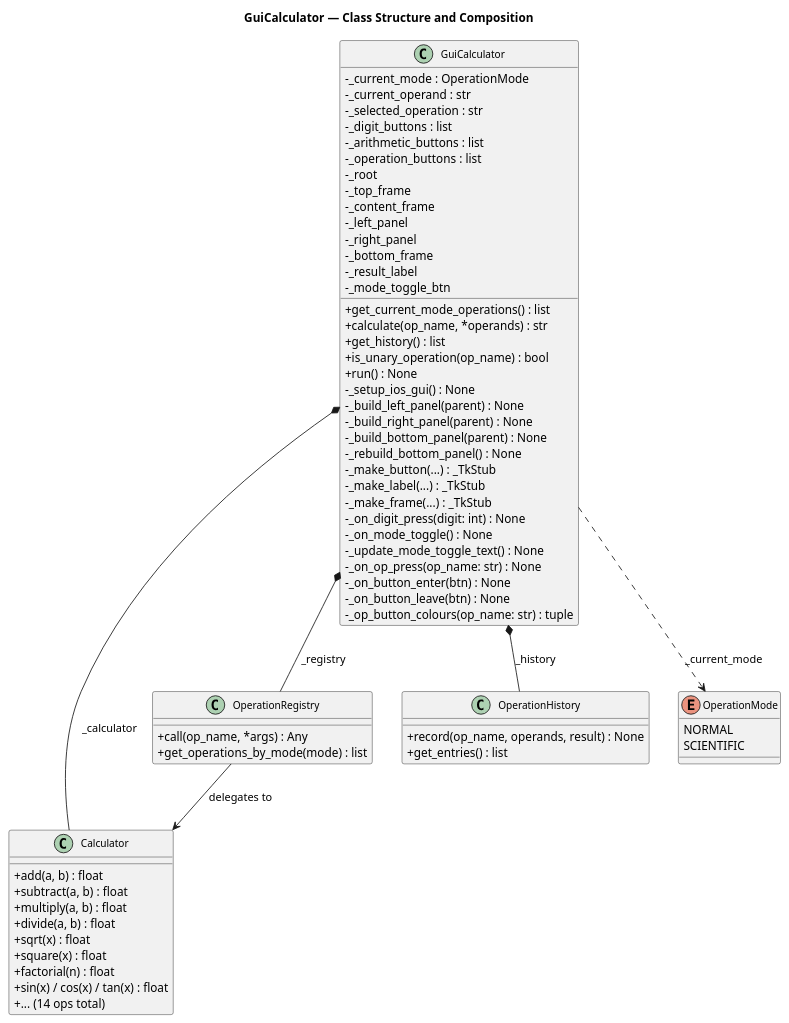
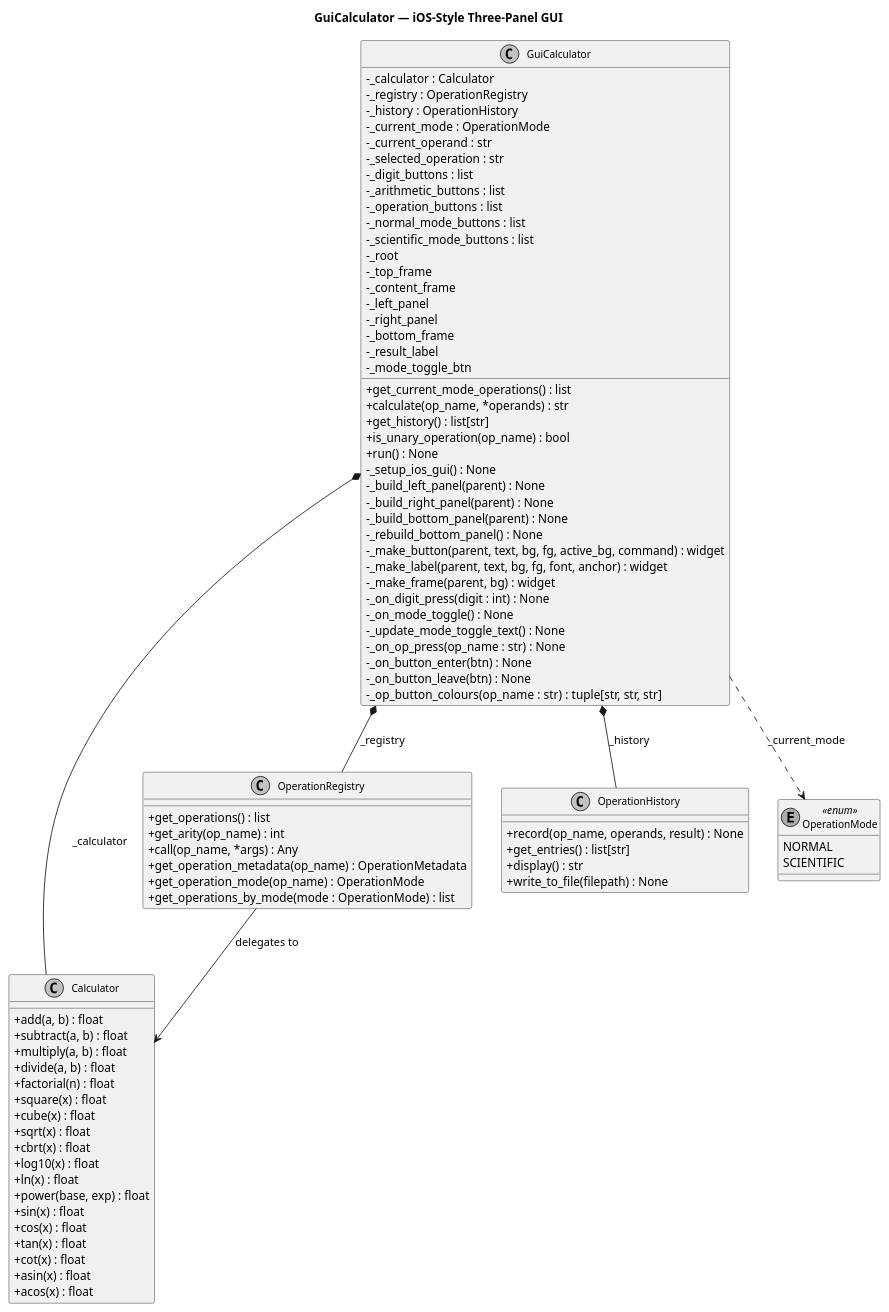
The diagram in artifacts/class_gui_calculator.puml (DanielRiha8906/Calculator_bachelor_autoevolution_team), drawn with PlantUML before and after one commit. The commit also changed 8 other files, not shown here.

First line of the commit message:
docs: update PlantUML diagrams for iOS-style GuiCalculator redesign

```diff
--- a/artifacts/class_gui_calculator.puml
+++ b/artifacts/class_gui_calculator.puml
@@ -1,83 +1,105 @@
 @startuml
+skinparam monochrome true
+skinparam shadowing false
 skinparam classAttributeIconSize 0
 skinparam classFontSize 12
-title GuiCalculator — Class Structure and Composition
+title GuiCalculator — iOS-Style Three-Panel GUI
 
 class GuiCalculator {
-    ' State
+    ' --- State ---
+    - _calculator : Calculator
+    - _registry : OperationRegistry
+    - _history : OperationHistory
     - _current_mode : OperationMode
     - _current_operand : str
     - _selected_operation : str
     - _digit_buttons : list
     - _arithmetic_buttons : list
     - _operation_buttons : list
-    ' Widget references
+    - _normal_mode_buttons : list
+    - _scientific_mode_buttons : list
+    ' --- Widget references ---
     - _root
     - _top_frame
     - _content_frame
     - _left_panel
     - _right_panel
     - _bottom_frame
     - _result_label
     - _mode_toggle_btn
-    ' Public API
+    ' --- Public API ---
     + get_current_mode_operations() : list
     + calculate(op_name, *operands) : str
-    + get_history() : list
+    + get_history() : list[str]
     + is_unary_operation(op_name) : bool
     + run() : None
-    ' GUI setup
+    ' --- Layout setup ---
     - _setup_ios_gui() : None
     - _build_left_panel(parent) : None
     - _build_right_panel(parent) : None
     - _build_bottom_panel(parent) : None
     - _rebuild_bottom_panel() : None
-    ' Widget factories
-    - _make_button(...) : _TkStub
-    - _make_label(...) : _TkStub
-    - _make_frame(...) : _TkStub
-    ' Interaction handlers
-    - _on_digit_press(digit: int) : None
+    ' --- Widget factories ---
+    - _make_button(parent, text, bg, fg, active_bg, command) : widget
+    - _make_label(parent, text, bg, fg, font, anchor) : widget
+    - _make_frame(parent, bg) : widget
+    ' --- Interaction handlers ---
+    - _on_digit_press(digit : int) : None
     - _on_mode_toggle() : None
     - _update_mode_toggle_text() : None
-    - _on_op_press(op_name: str) : None
+    - _on_op_press(op_name : str) : None
     - _on_button_enter(btn) : None
     - _on_button_leave(btn) : None
-    ' Helpers
-    - _op_button_colours(op_name: str) : tuple
+    ' --- Color helper ---
+    - _op_button_colours(op_name : str) : tuple[str, str, str]
 }
 
 class Calculator {
     + add(a, b) : float
     + subtract(a, b) : float
     + multiply(a, b) : float
     + divide(a, b) : float
+    + factorial(n) : float
+    + square(x) : float
+    + cube(x) : float
     + sqrt(x) : float
-    + square(x) : float
-    + factorial(n) : float
-    + sin(x) / cos(x) / tan(x) : float
-    + ... (14 ops total)
+    + cbrt(x) : float
+    + log10(x) : float
+    + ln(x) : float
+    + power(base, exp) : float
+    + sin(x) : float
+    + cos(x) : float
+    + tan(x) : float
+    + cot(x) : float
+    + asin(x) : float
+    + acos(x) : float
 }
 
 class OperationRegistry {
+    + get_operations() : list
+    + get_arity(op_name) : int
     + call(op_name, *args) : Any
-    + get_operations_by_mode(mode) : list
+    + get_operation_metadata(op_name) : OperationMetadata
+    + get_operation_mode(op_name) : OperationMode
+    + get_operations_by_mode(mode : OperationMode) : list
 }
 
 class OperationHistory {
     + record(op_name, operands, result) : None
-    + get_entries() : list
+    + get_entries() : list[str]
+    + display() : str
+    + write_to_file(filepath) : None
 }
 
-enum OperationMode {
+enum OperationMode <<enum>> {
     NORMAL
     SCIENTIFIC
 }
 
 GuiCalculator *-- Calculator       : _calculator
 GuiCalculator *-- OperationRegistry : _registry
 GuiCalculator *-- OperationHistory  : _history
 GuiCalculator ..> OperationMode     : _current_mode
 OperationRegistry --> Calculator    : delegates to
 
 @enduml
```
